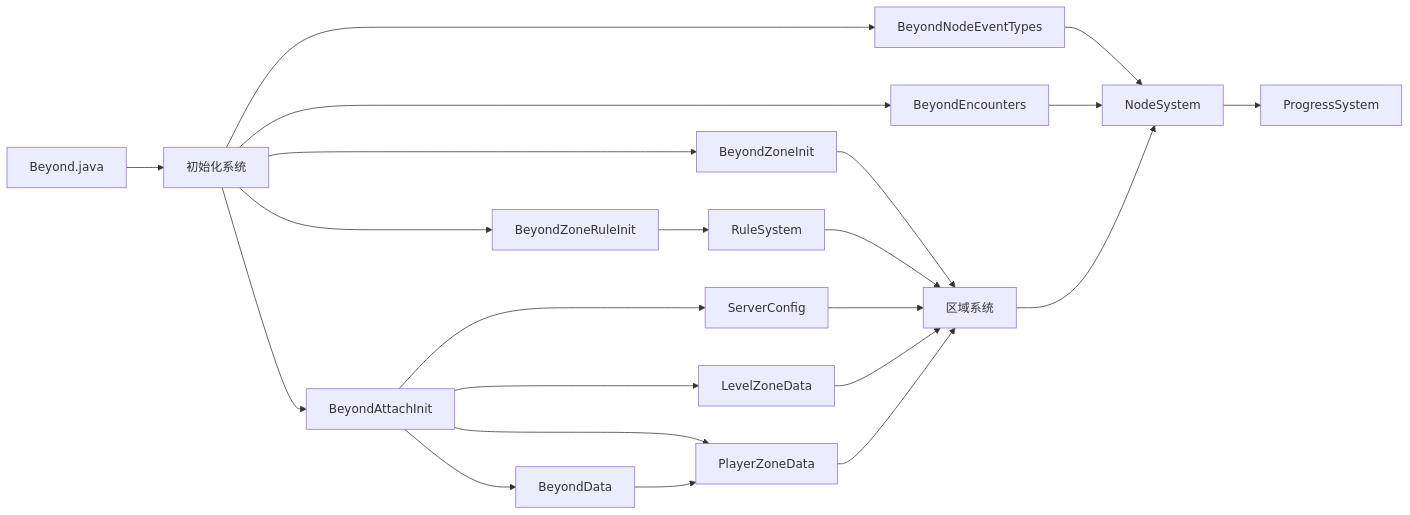
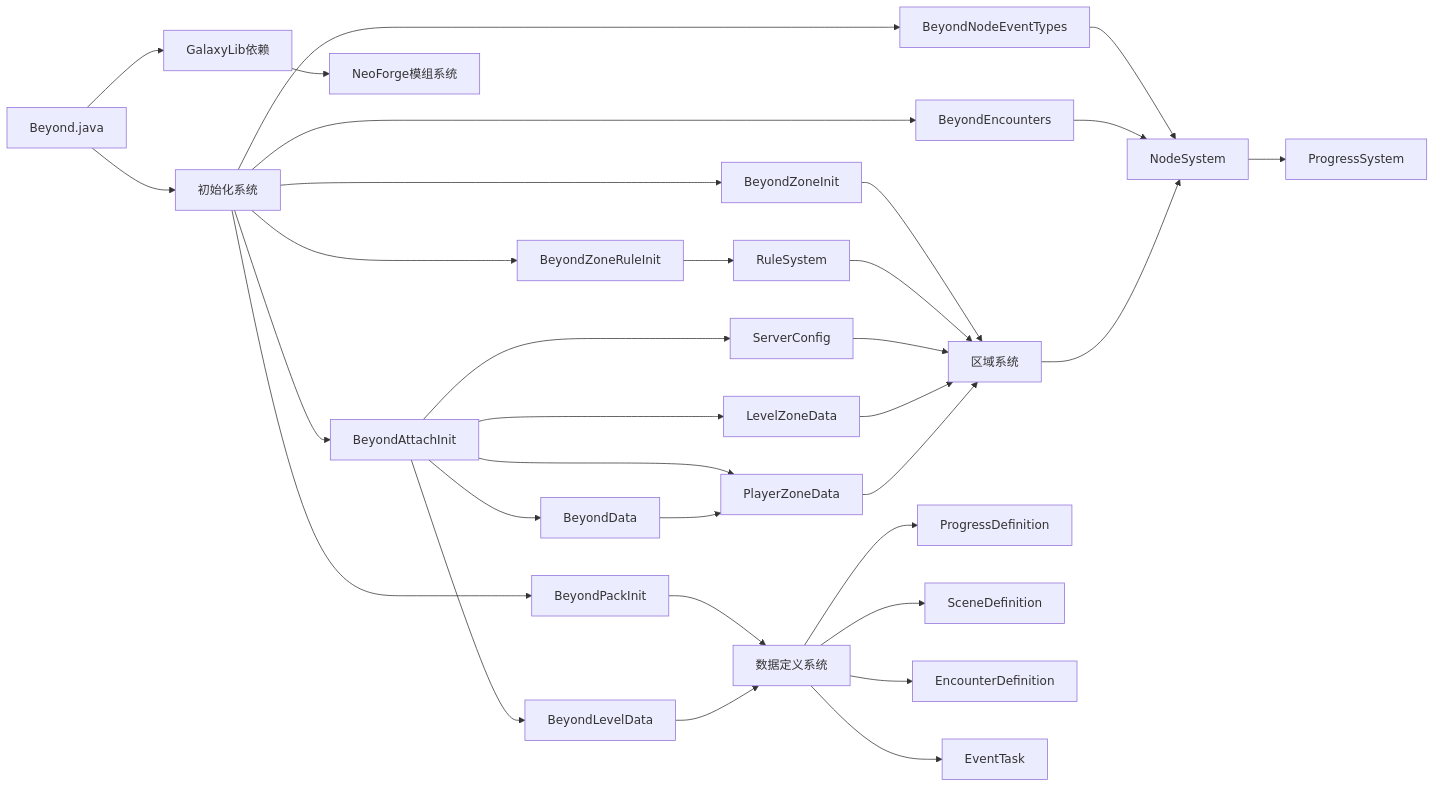
Diagram 16 of 16 in .qoder/repowiki/zh/content/模块架构/Beyond安全区模块/Beyond安全区模块.md (Ver-shift/SubModulesGeneHunter), drawn with Mermaid before and after one commit. The commit also changed other lines of this file and 49 other files, not shown here.

````diff
--- a/.qoder/repowiki/zh/content/模块架构/Beyond安全区模块/Beyond安全区模块.md
+++ b/.qoder/repowiki/zh/content/模块架构/Beyond安全区模块/Beyond安全区模块.md
@@ -532,24 +800,34 @@
 ```mermaid
 graph LR
 Beyond["Beyond.java"] --> Init["初始化系统"]
 Init --> Attach["BeyondAttachInit"]
 Init --> ZoneInit["BeyondZoneInit"]
 Init --> NodeInit["BeyondNodeEventTypes"]
 Init --> Encounters["BeyondEncounters"]
 Init --> ZoneRule["BeyondZoneRuleInit"]
+Init --> PackInit["BeyondPackInit"]
 Attach --> Config["ServerConfig"]
 Attach --> Data["BeyondData"]
 Attach --> LevelData["LevelZoneData"]
 Attach --> PlayerData["PlayerZoneData"]
+Attach --> LevelDef["BeyondLevelData"]
 ZoneInit --> ZoneSystem["区域系统"]
 NodeInit --> NodeSystem
 Encounters --> NodeSystem
 ZoneRule --> RuleSystem
+PackInit --> DataDef["数据定义系统"]
+DataDef --> ProgressDef["ProgressDefinition"]
+DataDef --> SceneDef["SceneDefinition"]
+DataDef --> EncounterDef["EncounterDefinition"]
+DataDef --> EventTask["EventTask"]
 ZoneSystem --> NodeSystem
 NodeSystem --> ProgressSystem
 RuleSystem --> ZoneSystem
 Config --> ZoneSystem
 Data --> PlayerData
 LevelData --> ZoneSystem
 PlayerData --> ZoneSystem
+LevelDef --> DataDef
+Beyond --> GalaxyLib["GalaxyLib依赖"]
+GalaxyLib --> ModSystem["NeoForge模组系统"]
 ```
````
